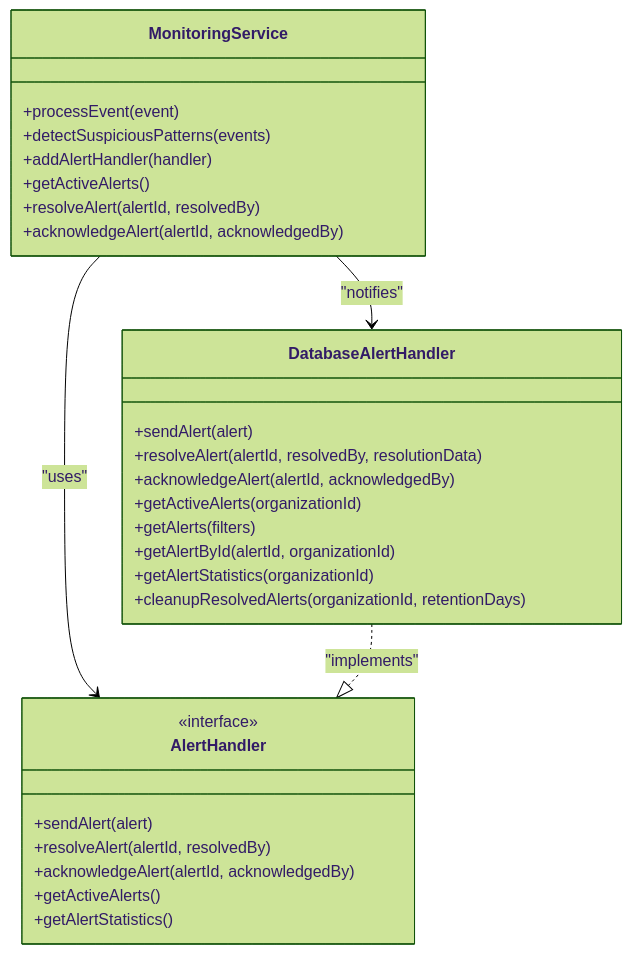
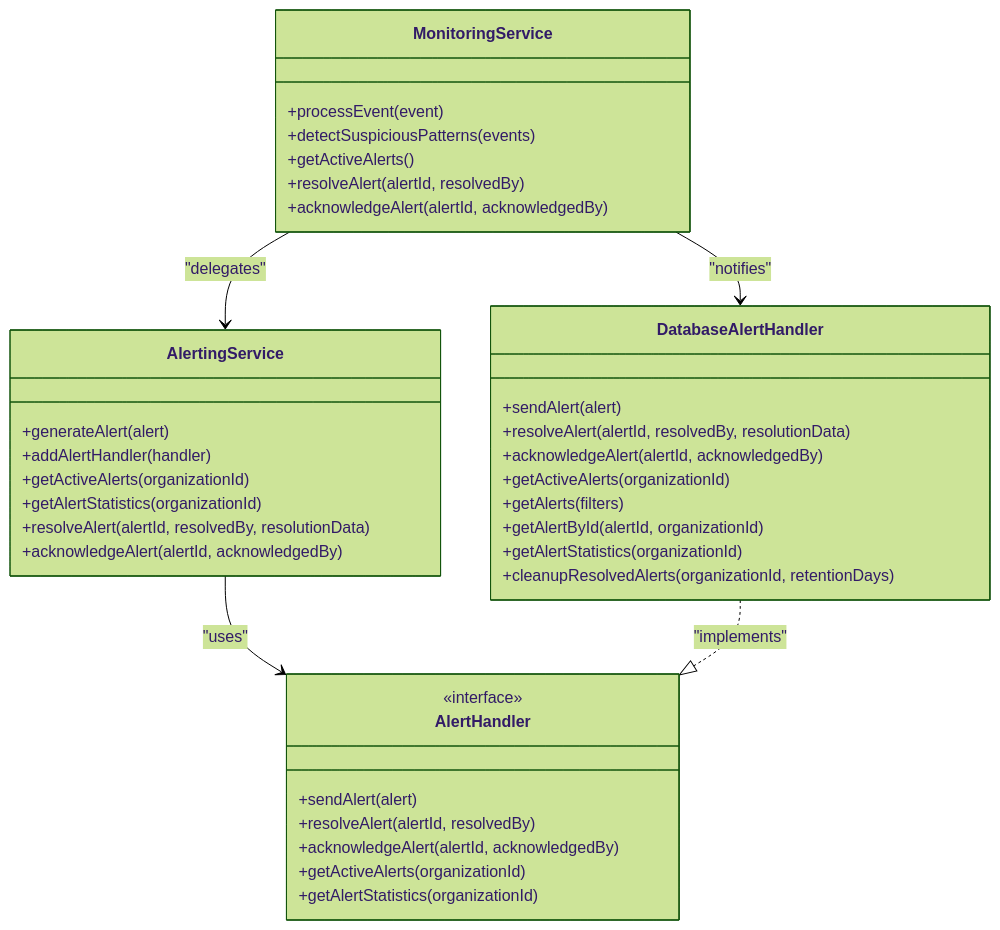
One commit to smedrec/smart-logs changed the first of 6 diagrams in .qoder/repowiki/en/content/Audit Core System/Security/Database Security Alerting.md. Above: the diagram before and after it, drawn with Mermaid (forest theme). The commit also changed other lines of this file and 12 other files, not shown here.

````diff
--- a/.qoder/repowiki/en/content/Audit Core System/Security/Database Security Alerting.md
+++ b/.qoder/repowiki/en/content/Audit Core System/Security/Database Security Alerting.md
@@ -44,32 +48,40 @@
 ```mermaid
 classDiagram
 class MonitoringService {
 +processEvent(event)
 +detectSuspiciousPatterns(events)
-+addAlertHandler(handler)
 +getActiveAlerts()
 +resolveAlert(alertId, resolvedBy)
++acknowledgeAlert(alertId, acknowledgedBy)
+}
+class AlertingService {
++generateAlert(alert)
++addAlertHandler(handler)
++getActiveAlerts(organizationId)
++getAlertStatistics(organizationId)
++resolveAlert(alertId, resolvedBy, resolutionData)
 +acknowledgeAlert(alertId, acknowledgedBy)
 }
 class AlertHandler {
 <<interface>>
 +sendAlert(alert)
 +resolveAlert(alertId, resolvedBy)
 +acknowledgeAlert(alertId, acknowledgedBy)
-+getActiveAlerts()
-+getAlertStatistics()
++getActiveAlerts(organizationId)
++getAlertStatistics(organizationId)
 }
 class DatabaseAlertHandler {
 +sendAlert(alert)
 +resolveAlert(alertId, resolvedBy, resolutionData)
 +acknowledgeAlert(alertId, acknowledgedBy)
 +getActiveAlerts(organizationId)
 +getAlerts(filters)
 +getAlertById(alertId, organizationId)
 +getAlertStatistics(organizationId)
 +cleanupResolvedAlerts(organizationId, retentionDays)
 }
-MonitoringService --> AlertHandler : "uses"
+MonitoringService --> AlertingService : "delegates"
+AlertingService --> AlertHandler : "uses"
 DatabaseAlertHandler ..|> AlertHandler : "implements"
 MonitoringService --> DatabaseAlertHandler : "notifies"
 ```
````
